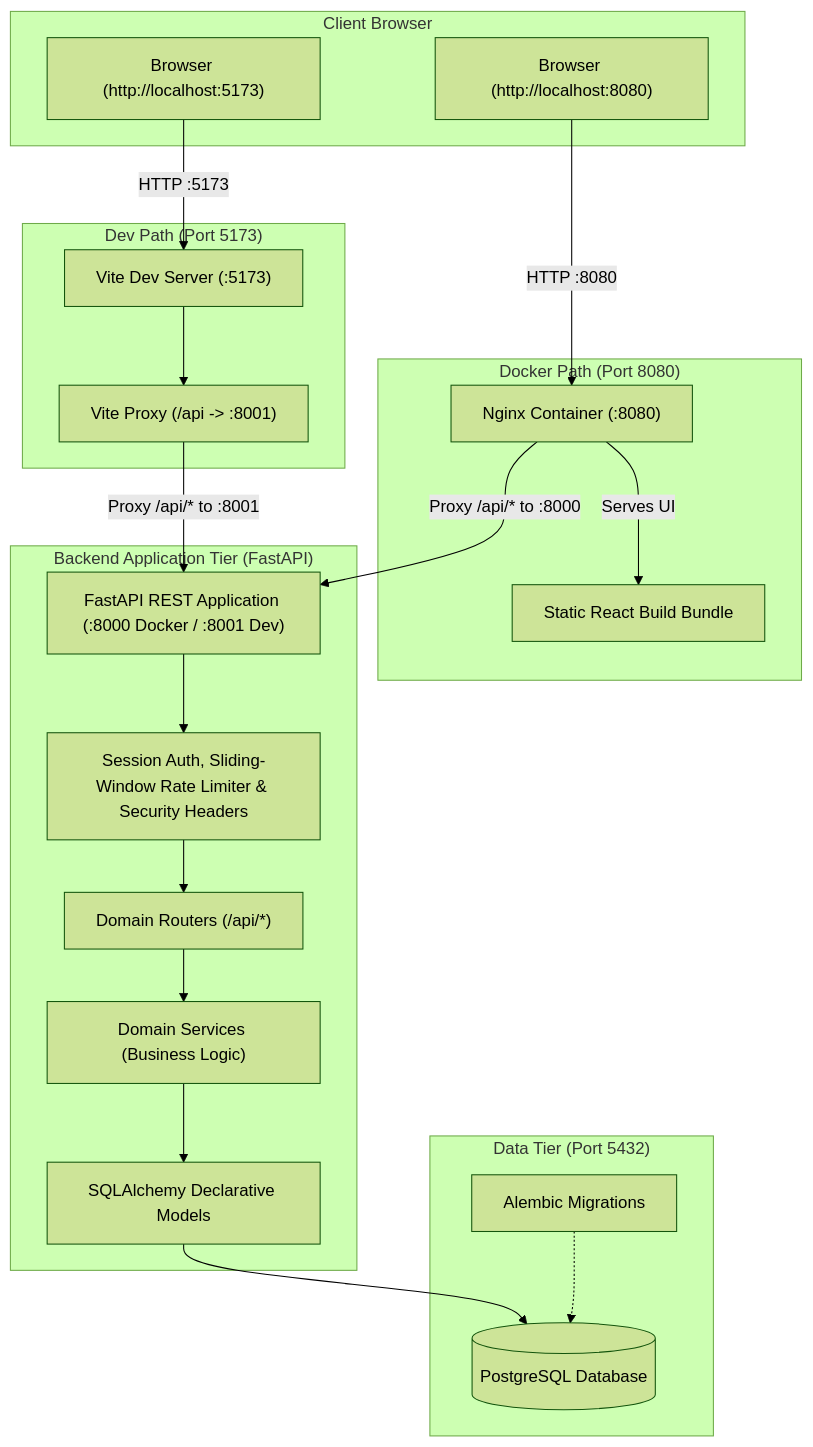
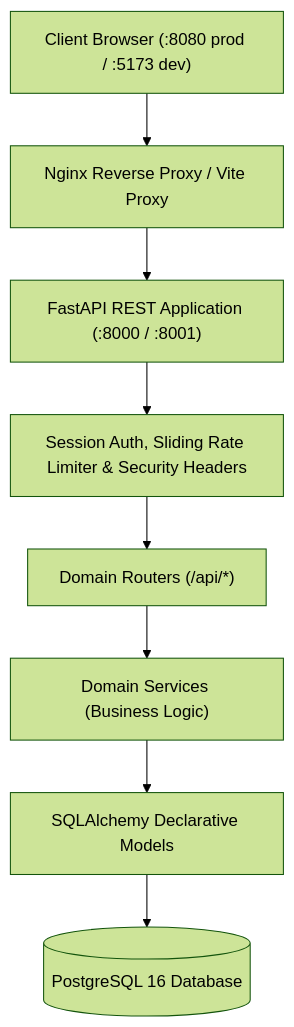
The diagram in README.md (adexo-77/university-internship-platform), drawn with Mermaid (forest theme) before and after one commit. The commit also changed other lines of this file and 1 other file, not shown here.

````diff
--- a/README.md
+++ b/README.md
@@ -144,41 +61,13 @@
 ```mermaid
 flowchart TD
-    subgraph Client["Client Browser"]
-        BrowserProd["Browser (http://localhost:8080)"]
-        BrowserDev["Browser (http://localhost:5173)"]
-    end
+    Client["Client Browser (:8080 prod / :5173 dev)"]
+    Proxy["Nginx Reverse Proxy / Vite Proxy"]
+    FastAPI["FastAPI REST Application (:8000 / :8001)"]
+    Middleware["Session Auth, Sliding Rate Limiter & Security Headers"]
+    Routers["Domain Routers (/api/*)"]
+    Services["Domain Services (Business Logic)"]
+    Models["SQLAlchemy Declarative Models"]
+    DB[("PostgreSQL 16 Database")]
 
-    subgraph DockerPath["Docker Path (Port 8080)"]
-        NginxProxy["Nginx Container (:8080)"]
-        StaticBundle["Static React Build Bundle"]
-        NginxProxy -->|"Serves UI"| StaticBundle
-    end
-
-    subgraph DevPath["Dev Path (Port 5173)"]
-        ViteDev["Vite Dev Server (:5173)"]
-        ViteProxy["Vite Proxy (/api -> :8001)"]
-        ViteDev --> ViteProxy
-    end
-
-    subgraph Backend["Backend Application Tier (FastAPI)"]
-        FastAPI["FastAPI REST Application (:8000 Docker / :8001 Dev)"]
-        Middleware["Session Auth, Sliding-Window Rate Limiter & Security Headers"]
-        Routers["Domain Routers (/api/*)"]
-        Services["Domain Services (Business Logic)"]
-        Models["SQLAlchemy Declarative Models"]
-
-        FastAPI --> Middleware --> Routers --> Services --> Models
-    end
-
-    subgraph Database["Data Tier (Port 5432)"]
-        PG[("PostgreSQL Database")]
-        Alembic["Alembic Migrations"]
-        Models --> PG
-        Alembic -.-> PG
-    end
-
-    BrowserProd -->|HTTP :8080| NginxProxy
-    NginxProxy -->|Proxy /api/* to :8000| FastAPI
-    BrowserDev -->|HTTP :5173| ViteDev
-    ViteProxy -->|Proxy /api/* to :8001| FastAPI
+    Client --> Proxy --> FastAPI --> Middleware --> Routers --> Services --> Models --> DB
 ```
````
